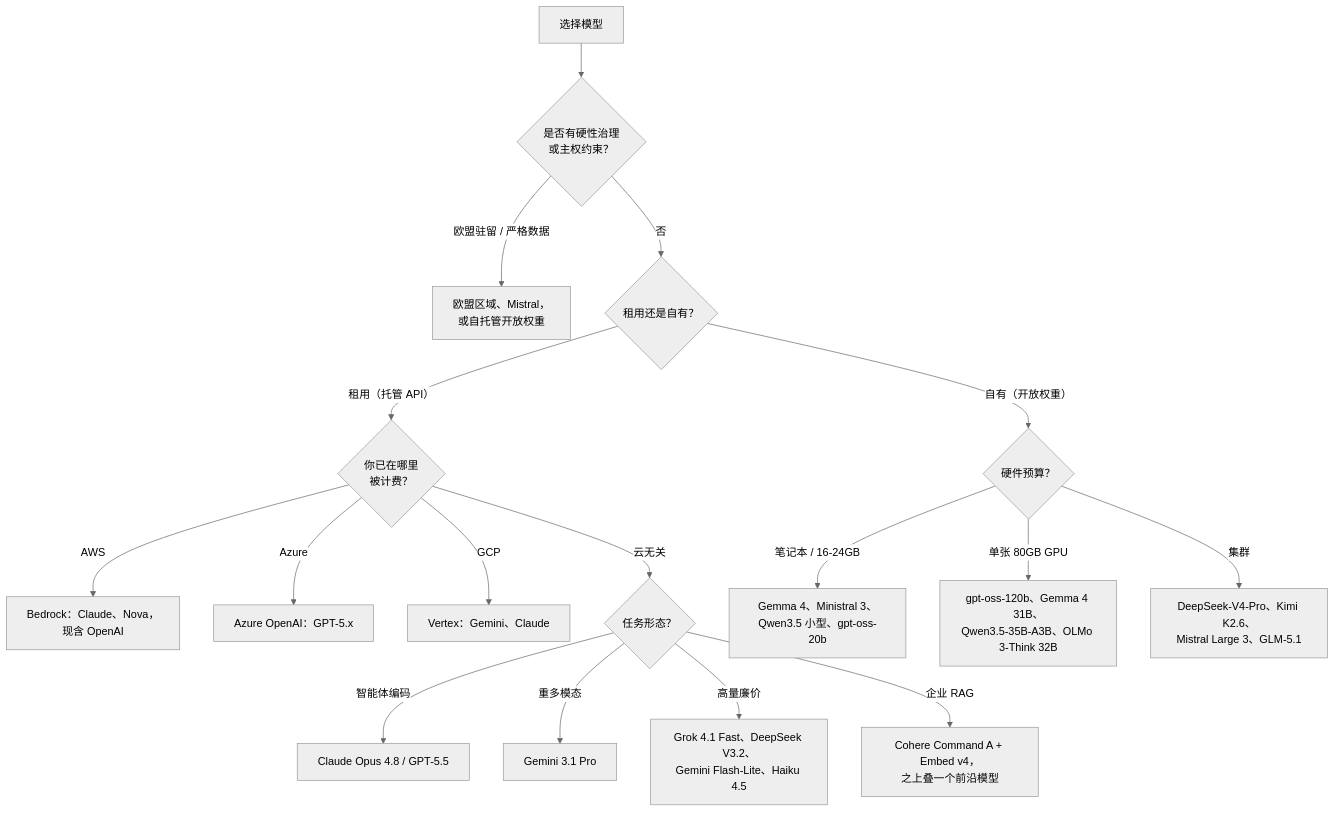
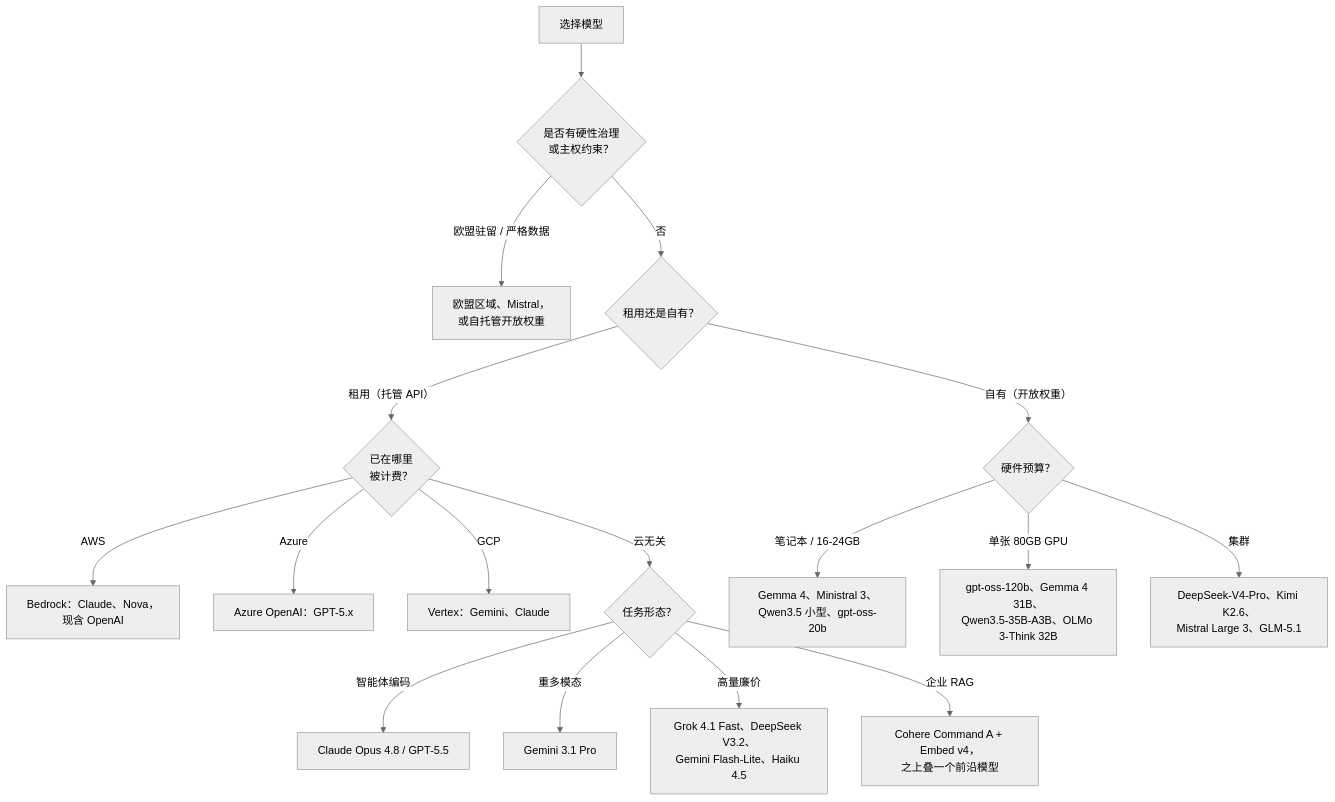
The first of 2 diagrams in zh/p10-practical/38-choosing-a-model.qmd (latere-ai/ai-as-an-infrastructure), drawn with Mermaid (neutral theme) before and after one commit. The commit also changed other lines of this file, not shown here.

````diff
--- a/zh/p10-practical/38-choosing-a-model.qmd
+++ b/zh/p10-practical/38-choosing-a-model.qmd
@@ -98,24 +98,24 @@
 ```{mermaid}
 %%| label: fig-model-decision
-%%| fig-cap: "2026 年年中挑选模型的决策顺序。你被计费所在的云和你的治理约束，通常比质量更早拍板。"
+%%| fig-cap: "2026 年年中挑选模型的决策顺序。计费所在的云和治理约束，通常比质量更早拍板。"
 flowchart TD
   start["选择模型"] --> gov{"是否有硬性治理<br>或主权约束？"}
   gov -->|"欧盟驻留 / 严格数据"| sov["欧盟区域、Mistral，<br>或自托管开放权重"]
   gov -->|否| host{"租用还是自有？"}
 
-  host -->|"租用（托管 API）"| cloud{"你已在哪里<br>被计费？"}
+  host -->|"租用（托管 API）"| cloud{"已在哪里<br>被计费？"}
   cloud -->|AWS| bedrock["Bedrock：Claude、Nova，<br>现含 OpenAI"]
   cloud -->|Azure| azure["Azure OpenAI：GPT-5.x"]
   cloud -->|GCP| vertex["Vertex：Gemini、Claude"]
   cloud -->|"云无关"| task
 
   host -->|"自有（开放权重）"| hw{"硬件预算？"}
   hw -->|"笔记本 / 16-24GB"| small["Gemma 4、Ministral 3、<br>Qwen3.5 小型、gpt-oss-20b"]
   hw -->|"单张 80GB GPU"| mid["gpt-oss-120b、Gemma 4 31B、<br>Qwen3.5-35B-A3B、OLMo 3-Think 32B"]
   hw -->|"集群"| big["DeepSeek-V4-Pro、Kimi K2.6、<br>Mistral Large 3、GLM-5.1"]
 
   task{"任务形态？"} -->|"智能体编码"| code["Claude Opus 4.8 / GPT-5.5"]
   task -->|"重多模态"| mm["Gemini 3.1 Pro"]
   task -->|"高量廉价"| cheap["Grok 4.1 Fast、DeepSeek V3.2、<br>Gemini Flash-Lite、Haiku 4.5"]
   task -->|"企业 RAG"| rag["Cohere Command A + Embed v4，<br>之上叠一个前沿模型"]
 ```
````
